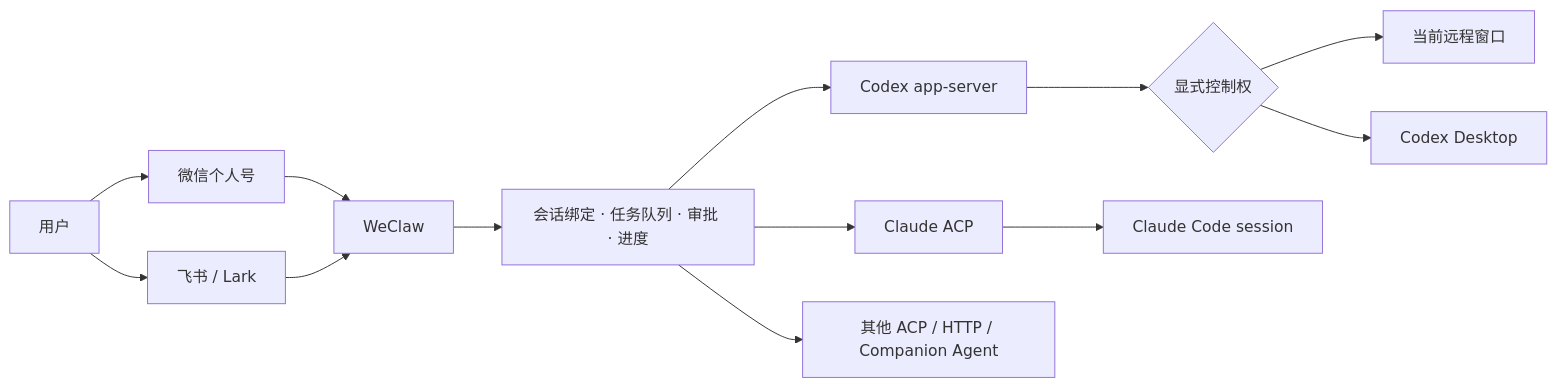
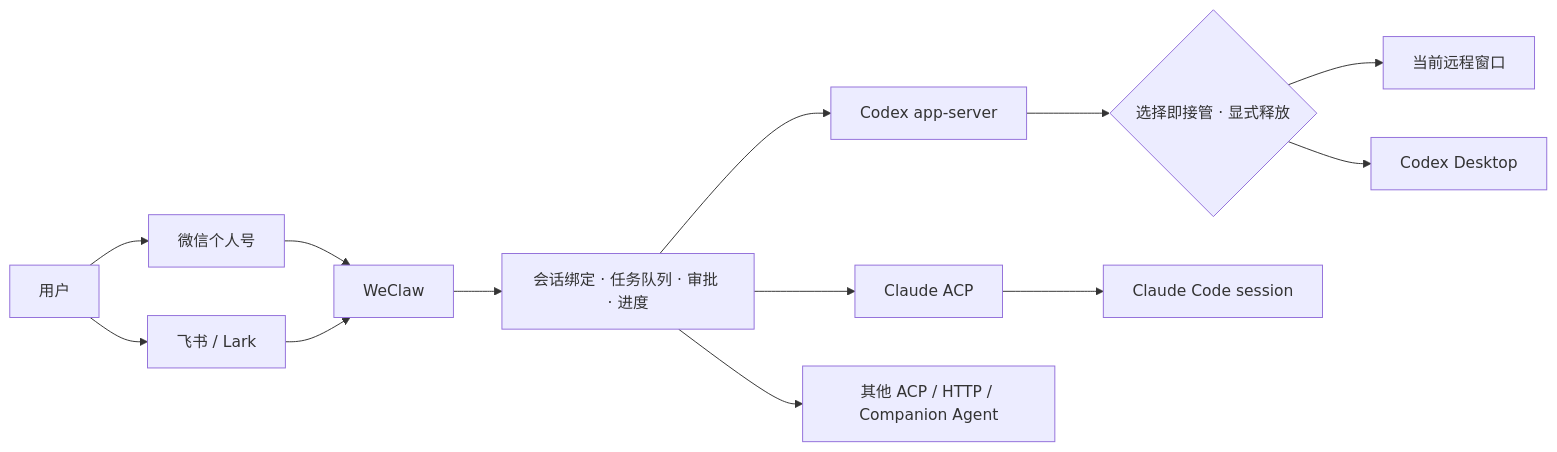
One commit to TingRuDeng/weclaw changed the diagram in README_CN.md. Above: the diagram before and after it, drawn with Mermaid. The commit also changed other lines of this file and 6 other files, not shown here.

````diff
--- a/README_CN.md
+++ b/README_CN.md
@@ -92,15 +93,15 @@
 ```mermaid
 flowchart LR
     User[用户] --> WeChat[微信个人号]
     User --> Feishu[飞书 / Lark]
     WeChat --> Bridge[WeClaw]
     Feishu --> Bridge
     Bridge --> Core[会话绑定 · 任务队列 · 审批 · 进度]
     Core --> Codex[Codex app-server]
     Core --> Claude[Claude ACP]
     Core --> Other[其他 ACP / HTTP / Companion Agent]
-    Codex --> Owner{显式控制权}
+    Codex --> Owner{选择即接管 · 显式释放}
     Owner --> Remote[当前远程窗口]
     Owner --> Desktop[Codex Desktop]
     Claude --> Session[Claude Code session]
 ```
````
